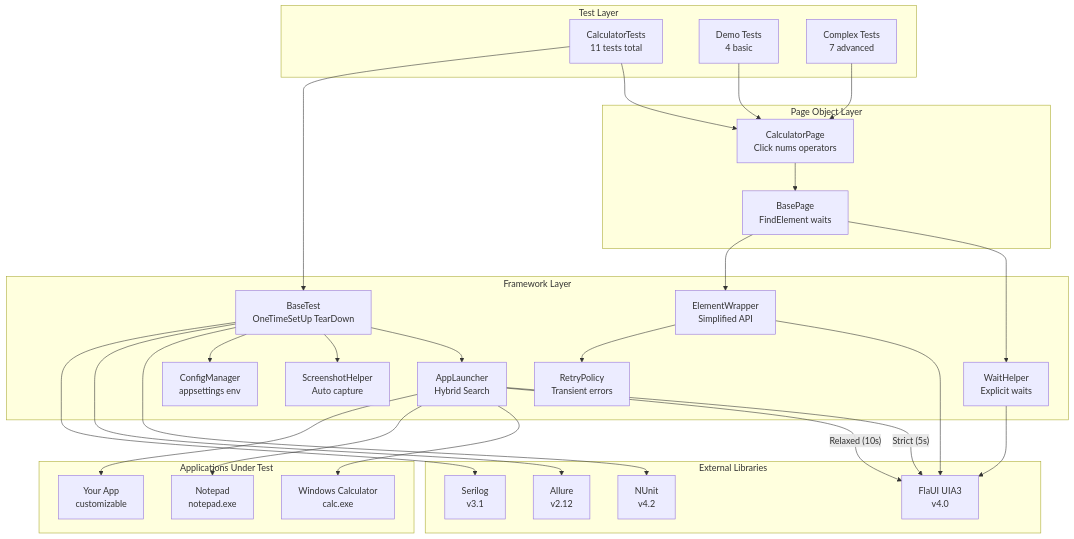
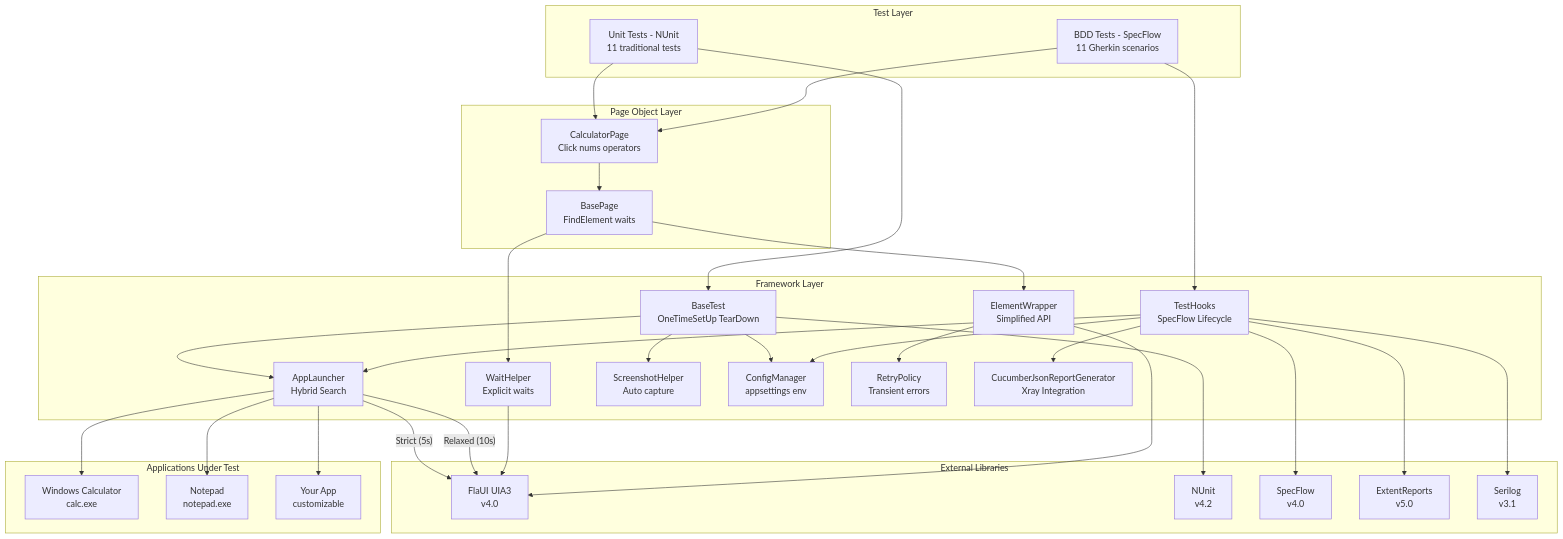
One commit to Akradeveloper/Hipos changed the first of 6 diagrams in website/docs/architecture.md. Above: the diagram before and after it, drawn with Mermaid. The commit also changed other lines of this file and 8 other files, not shown here.

````diff
--- a/website/docs/architecture.md
+++ b/website/docs/architecture.md
@@ -11,58 +11,64 @@
 ```mermaid
 graph TB
     subgraph Tests[Test Layer]
-        CT[CalculatorTests<br/>11 tests total]
-        DT[Demo Tests<br/>4 basic]
-        CXT[Complex Tests<br/>7 advanced]
+        UT[Unit Tests - NUnit<br/>11 traditional tests]
+        BDD[BDD Tests - SpecFlow<br/>11 Gherkin scenarios]
     end
     
     subgraph PageObjects[Page Object Layer]
         CP[CalculatorPage<br/>Click nums operators]
         BP[BasePage<br/>FindElement waits]
     end
     
     subgraph Framework[Framework Layer]
         AL[AppLauncher<br/>Hybrid Search]
         BT[BaseTest<br/>OneTimeSetUp TearDown]
+        TH[TestHooks<br/>SpecFlow Lifecycle]
         WH[WaitHelper<br/>Explicit waits]
         EW[ElementWrapper<br/>Simplified API]
         SH[ScreenshotHelper<br/>Auto capture]
         CM[ConfigManager<br/>appsettings env]
         RP[RetryPolicy<br/>Transient errors]
+        CJ[CucumberJsonReportGenerator<br/>Xray Integration]
     end
     
     subgraph External[External Libraries]
         FlaUI[FlaUI UIA3<br/>v4.0]
         NUnit[NUnit<br/>v4.2]
-        Allure[Allure<br/>v2.12]
+        SpecFlow[SpecFlow<br/>v4.0]
+        ExtentReports[ExtentReports<br/>v5.0]
         Serilog[Serilog<br/>v3.1]
     end
     
     subgraph AUT[Applications Under Test]
         CalcApp[Windows Calculator<br/>calc.exe]
         NotepadApp[Notepad<br/>notepad.exe]
         CustomApp[Your App<br/>customizable]
     end
     
-    CT --> CP
-    DT --> CP
-    CXT --> CP
+    UT --> CP
+    BDD --> CP
     CP --> BP
     BP --> WH
     BP --> EW
-    CT --> BT
+    UT --> BT
+    BDD --> TH
     BT --> AL
+    TH --> AL
     BT --> SH
     BT --> CM
+    TH --> CM
+    TH --> CJ
     AL -->|"Strict (5s)"| FlaUI
     AL -->|"Relaxed (10s)"| FlaUI
     WH --> FlaUI
     EW --> FlaUI
     BT --> NUnit
-    BT --> Allure
-    BT --> Serilog
+    TH --> SpecFlow
+    TH --> ExtentReports
+    TH --> Serilog
     EW --> RP
     AL --> CalcApp
     AL --> NotepadApp
     AL --> CustomApp
 ```
````
